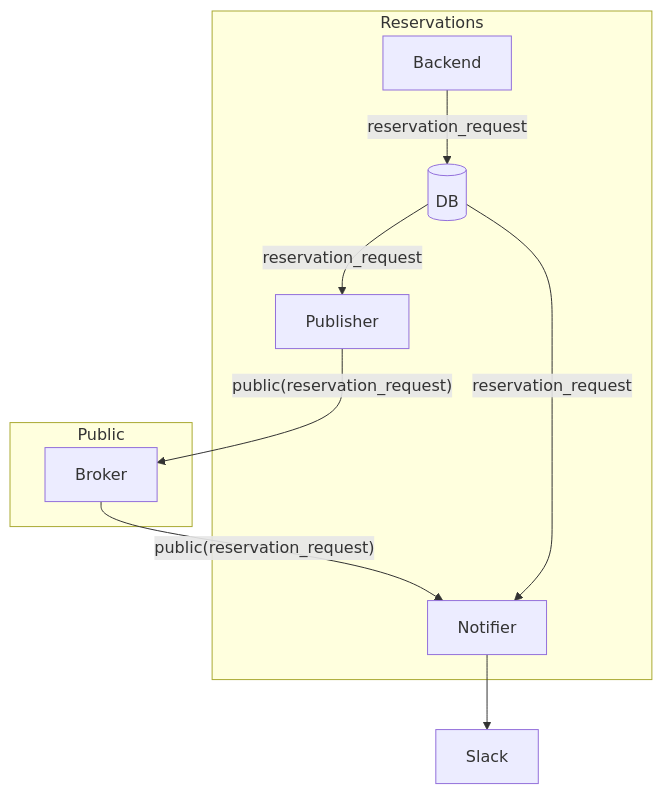
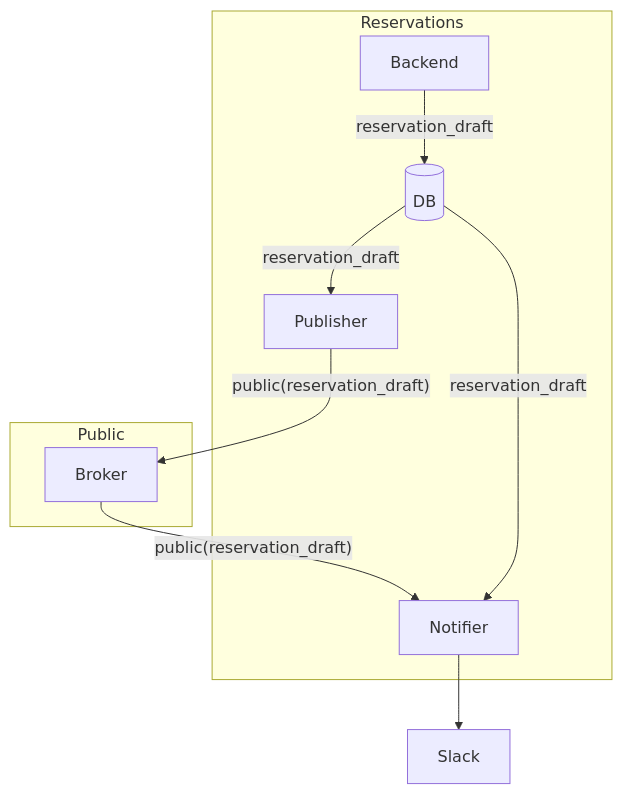
Before and after one commit to tonitienda/cinc-estrelles: the diagram in docs/adr/2022-08-23-notify-invalid-reservations.md, drawn with Mermaid. The commit also changed other lines of this file and 27 other files, not shown here.

````diff
--- a/docs/adr/2022-08-23-notify-invalid-reservations.md
+++ b/docs/adr/2022-08-23-notify-invalid-reservations.md
@@ -45,27 +45,27 @@
 ```mermaid
 flowchart TD
 
 
 subgraph Reservations
     Backend
     DB[(DB)]
     Publisher
     Notifier
 end
 
 subgraph Public
     Broker
 end
 
 
-Backend -- reservation_request --> DB
-DB -- reservation_request --> Publisher
-Publisher -- "public(reservation_request)" --> Broker
+Backend -- reservation_draft --> DB
+DB -- reservation_draft --> Publisher
+Publisher -- "public(reservation_draft)" --> Broker
 
-Broker -- "public(reservation_request)" --> Notifier
-DB -- reservation_request --> Notifier
+Broker -- "public(reservation_draft)" --> Notifier
+DB -- reservation_draft --> Notifier
 
 Notifier --> Slack
 
 
 ```
````
